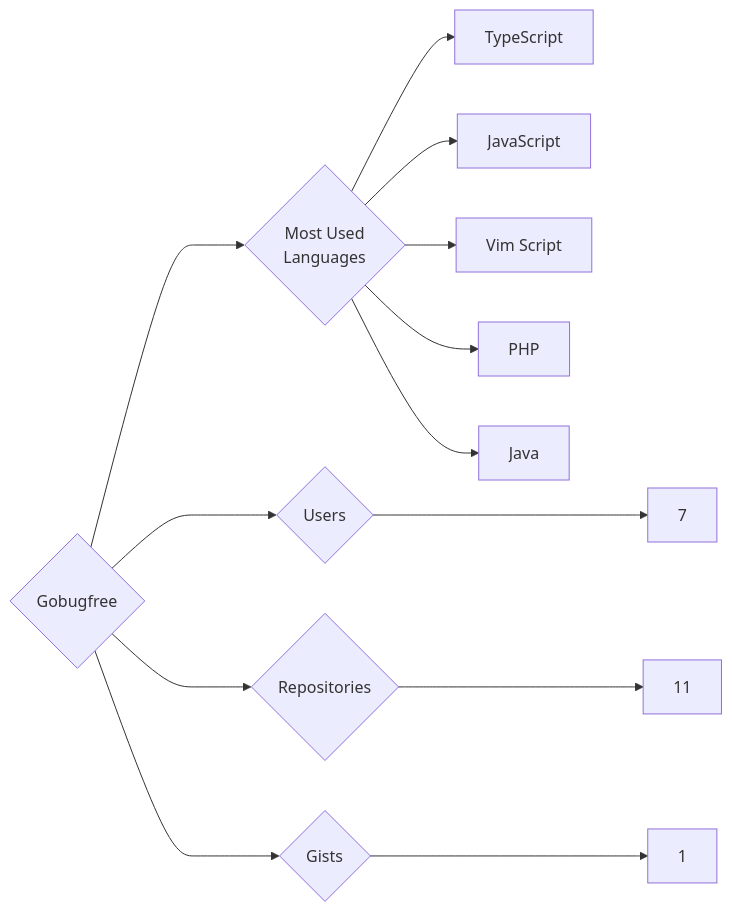
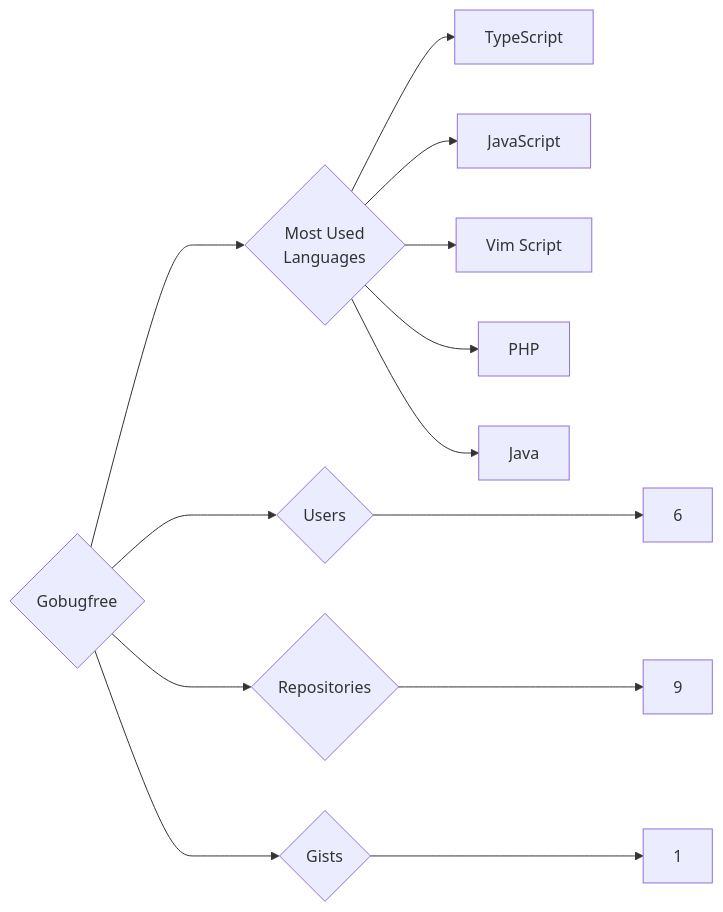
One commit to trickest/insiders changed the diagram in targets/Gobugfree/README.md. Above: the diagram before and after it, drawn with Mermaid. The commit also changed 933 other files, not shown here.

````diff
--- a/targets/Gobugfree/README.md
+++ b/targets/Gobugfree/README.md
@@ -3,13 +3,13 @@
 ```mermaid
 graph LR
 COMPANY_NAME{Gobugfree}
-COMPANY_NAME ---> U{Users} ---> UN[7]
-COMPANY_NAME ---> R{Repositories} ---> RN[11]
+COMPANY_NAME ---> U{Users} ---> UN[6]
+COMPANY_NAME ---> R{Repositories} ---> RN[9]
 COMPANY_NAME ---> G{Gists} ---> GN[1]
 COMPANY_NAME ---> ML{Most Used<br>Languages}
 ML --> TypeScript[TypeScript]
 ML --> JavaScript[JavaScript]
 ML --> Vim_Script[Vim Script]
 ML --> PHP[PHP]
 ML --> Java[Java]
 ```
````
